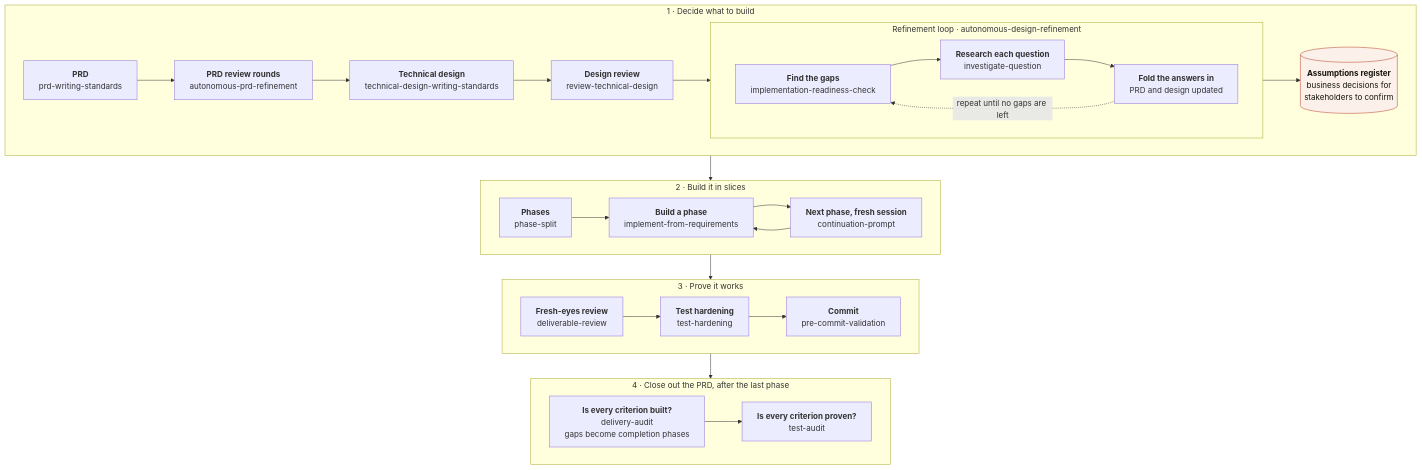
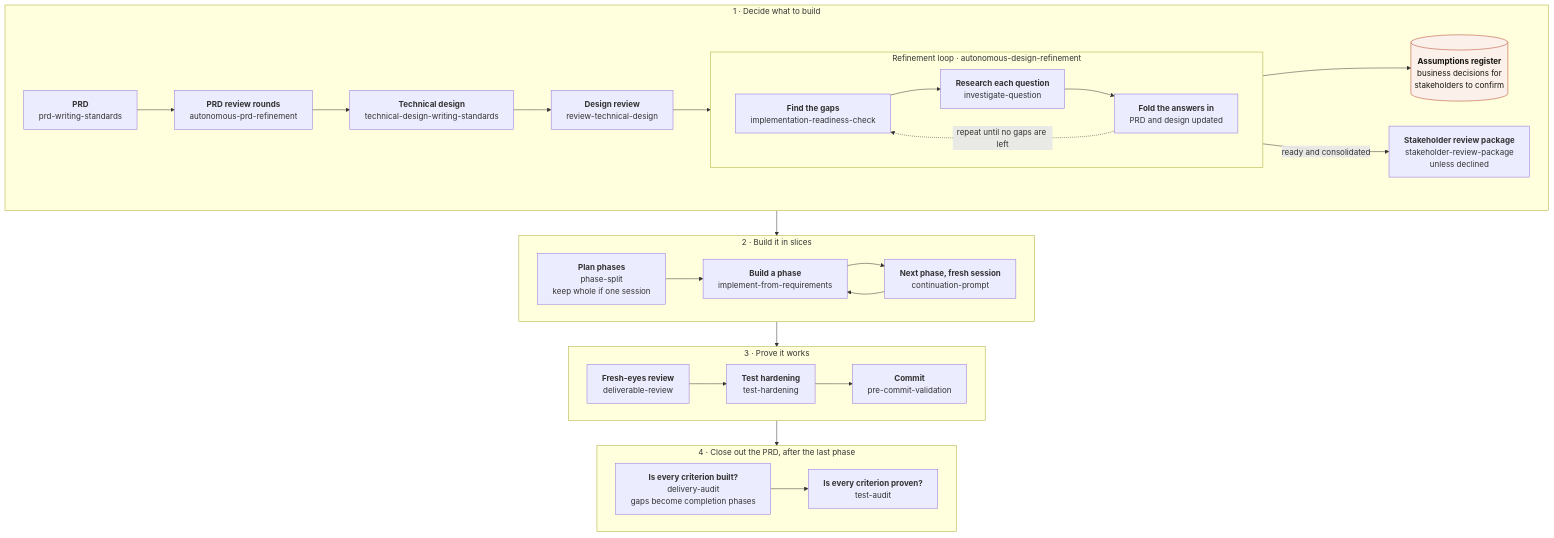
Before and after one commit to EnsoDynamics/enso-method: the diagram in README.md, drawn with Mermaid. The commit also changed other lines of this file, not shown here.

First line of the commit message:
docs(readme): clarify workflow overview and planning sequence

````diff
--- a/README.md
+++ b/README.md
@@ -74,35 +68,37 @@
 ```mermaid
 %%{init: {"flowchart": {"wrappingWidth": 280}}}%%
 flowchart TD
   subgraph decide["1 · Decide what to build"]
     direction LR
     prd["<b>PRD</b><br/>prd-writing-standards"] --> prdref["<b>PRD review rounds</b><br/>autonomous-prd-refinement"]
     prdref --> design["<b>Technical design</b><br/>technical-design-writing-standards"]
     design --> dreview["<b>Design review</b><br/>review-technical-design"]
     subgraph refine["Refinement loop · autonomous-design-refinement"]
       direction LR
       gaps["<b>Find the gaps</b><br/>implementation-readiness-check"] --> research["<b>Research each question</b><br/>investigate-question"]
       research --> fold["<b>Fold the answers in</b><br/>PRD and design updated"]
       fold -. "repeat until no gaps are left" .-> gaps
     end
     dreview --> gaps
     fold --> assumptions[("<b>Assumptions register</b><br/>business decisions for<br/>stakeholders to confirm")]
+    fold -- "ready and consolidated" --> package["<b>Stakeholder review package</b><br/>stakeholder-review-package<br/>unless declined"]
   end
   subgraph build["2 · Build it in slices"]
     direction LR
-    split["<b>Phases</b><br/>phase-split"] --> impl["<b>Build a phase</b><br/>implement-from-requirements"]
+    split["<b>Plan phases</b><br/>phase-split<br/>keep whole if one session"] --> impl["<b>Build a phase</b><br/>implement-from-requirements"]
     impl --> next["<b>Next phase, fresh session</b><br/>continuation-prompt"]
     next --> impl
   end
   subgraph prove["3 · Prove it works"]
     direction LR
     dr["<b>Fresh-eyes review</b><br/>deliverable-review"] --> th["<b>Test hardening</b><br/>test-hardening"] --> pc["<b>Commit</b><br/>pre-commit-validation"]
   end
   subgraph close["4 · Close out the PRD, after the last phase"]
     direction LR
     da["<b>Is every criterion built?</b><br/>delivery-audit<br/>gaps become completion phases"] --> ta["<b>Is every criterion proven?</b><br/>test-audit"]
   end
-  decide --> build --> prove --> close
+  package --> split
+  build --> prove --> close
   classDef doc fill:#fbf1ea,stroke:#b63e28,color:#16140f
   class assumptions doc
 ```
````
